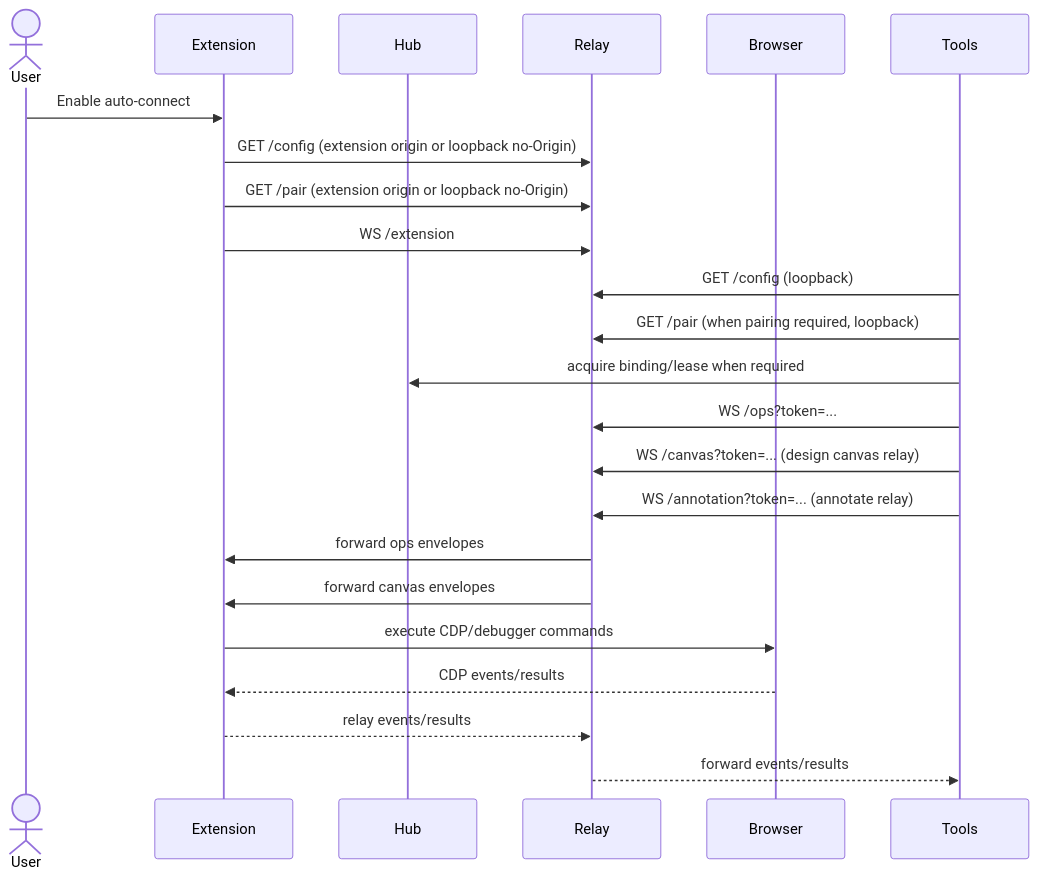
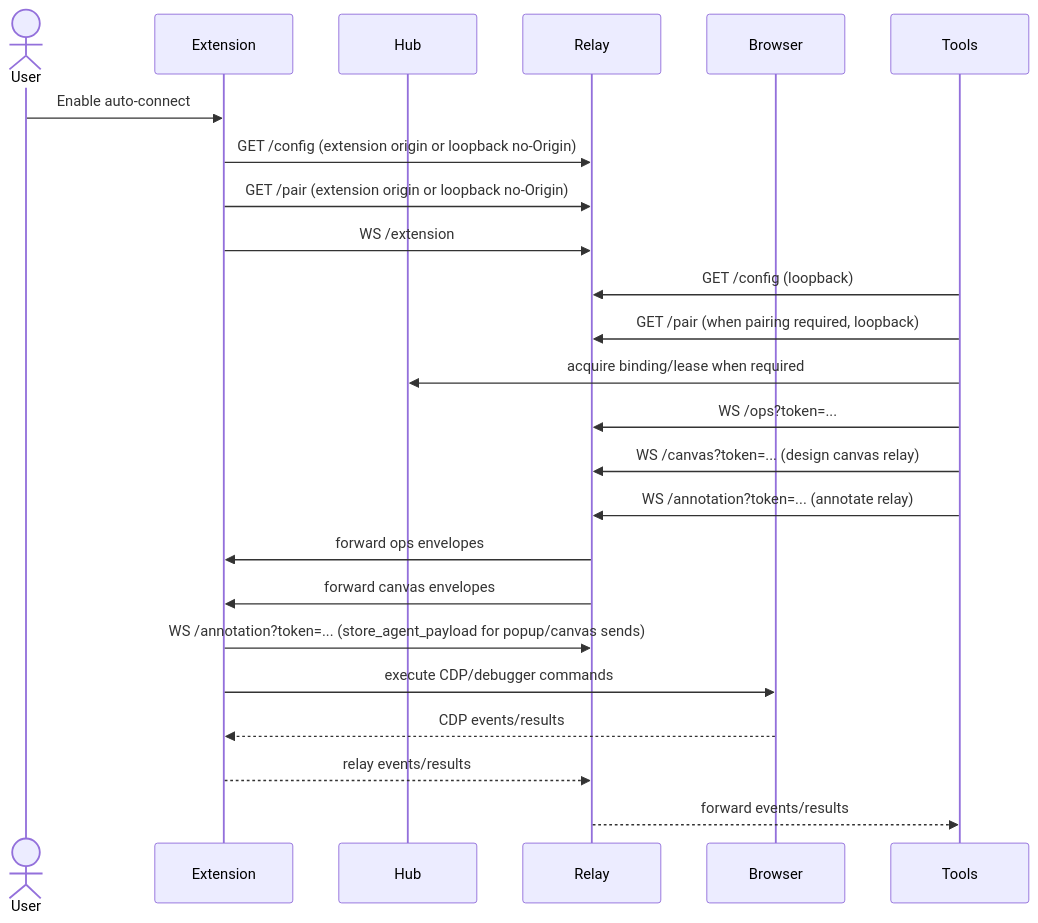
Before and after one commit to freshtechbro/opendevbrowser: the third of 4 diagrams in docs/ARCHITECTURE.md, drawn with Mermaid. The commit also changed other lines of this file and 31 other files, not shown here.

````diff
--- a/docs/ARCHITECTURE.md
+++ b/docs/ARCHITECTURE.md
@@ -175,26 +203,27 @@
 ```mermaid
 sequenceDiagram
   actor User
   participant Extension
   participant Hub
   participant Relay
   participant Browser
   participant Tools
 
   User->>Extension: Enable auto-connect
   Extension->>Relay: GET /config (extension origin or loopback no-Origin)
   Extension->>Relay: GET /pair (extension origin or loopback no-Origin)
   Extension->>Relay: WS /extension
   Tools->>Relay: GET /config (loopback)
   Tools->>Relay: GET /pair (when pairing required, loopback)
   Tools->>Hub: acquire binding/lease when required
   Tools->>Relay: WS /ops?token=...
   Tools->>Relay: WS /canvas?token=... (design canvas relay)
   Tools->>Relay: WS /annotation?token=... (annotate relay)
   Relay->>Extension: forward ops envelopes
   Relay->>Extension: forward canvas envelopes
+  Extension->>Relay: WS /annotation?token=... (store_agent_payload for popup/canvas sends)
   Extension->>Browser: execute CDP/debugger commands
   Browser-->>Extension: CDP events/results
   Extension-->>Relay: relay events/results
   Relay-->>Tools: forward events/results
 ```
````
